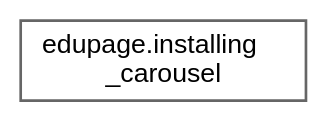
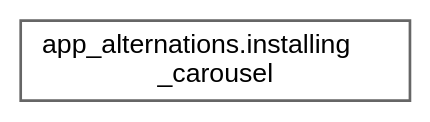
Before and after one commit to GrenManSK/ZnamE: the diagram in inherit_graph_0.dot, drawn with Graphviz. The commit also changed 341 other files, not shown here.

```diff
--- a/inherit_graph_0.dot
+++ b/inherit_graph_0.dot
@@ -1,9 +1,9 @@
 digraph "Graphical Class Hierarchy"
 {
  // LATEX_PDF_SIZE
   bgcolor="transparent";
   edge [fontname=Helvetica,fontsize=10,labelfontname=Helvetica,labelfontsize=10];
   node [fontname=Helvetica,fontsize=10,shape=box,height=0.2,width=0.4];
   rankdir="LR";
-  Node0 [label="edupage.installing\l_carousel",height=0.2,width=0.4,color="grey40", fillcolor="white", style="filled",URL="$d3/d42/classedupage_1_1installing__carousel.html",tooltip=" "];
+  Node0 [label="app_alternations.installing\l_carousel",height=0.2,width=0.4,color="grey40", fillcolor="white", style="filled",URL="$d5/d77/classapp__alternations_1_1installing__carousel.html",tooltip=" "];
 }
```
